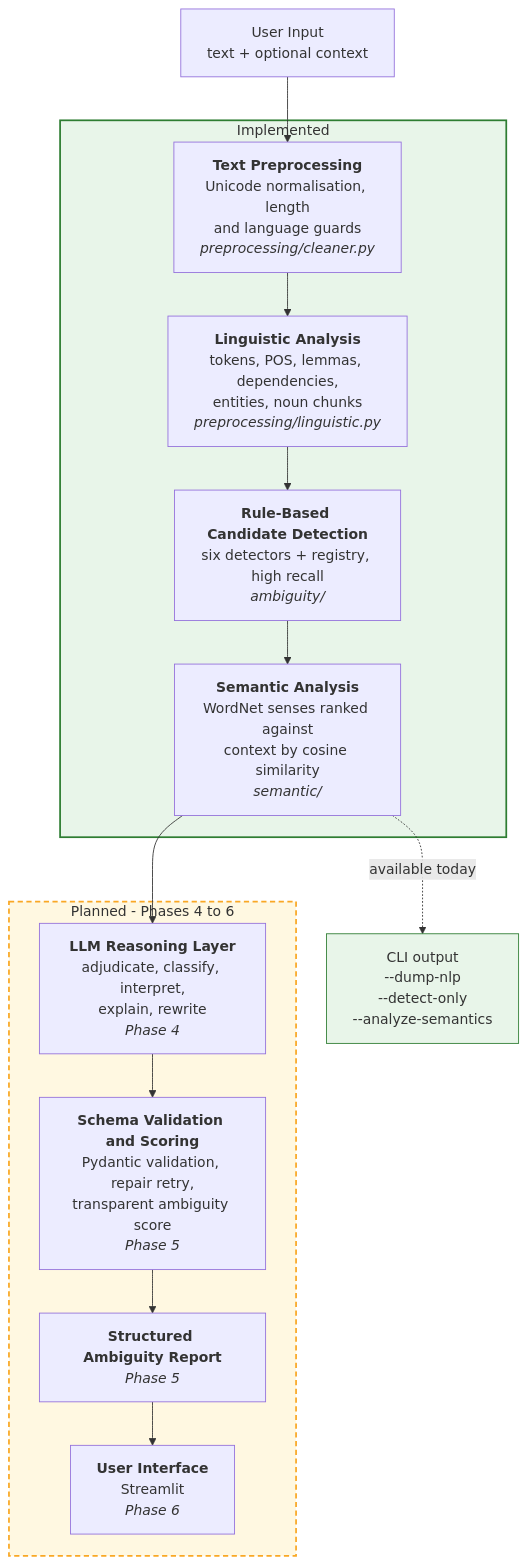
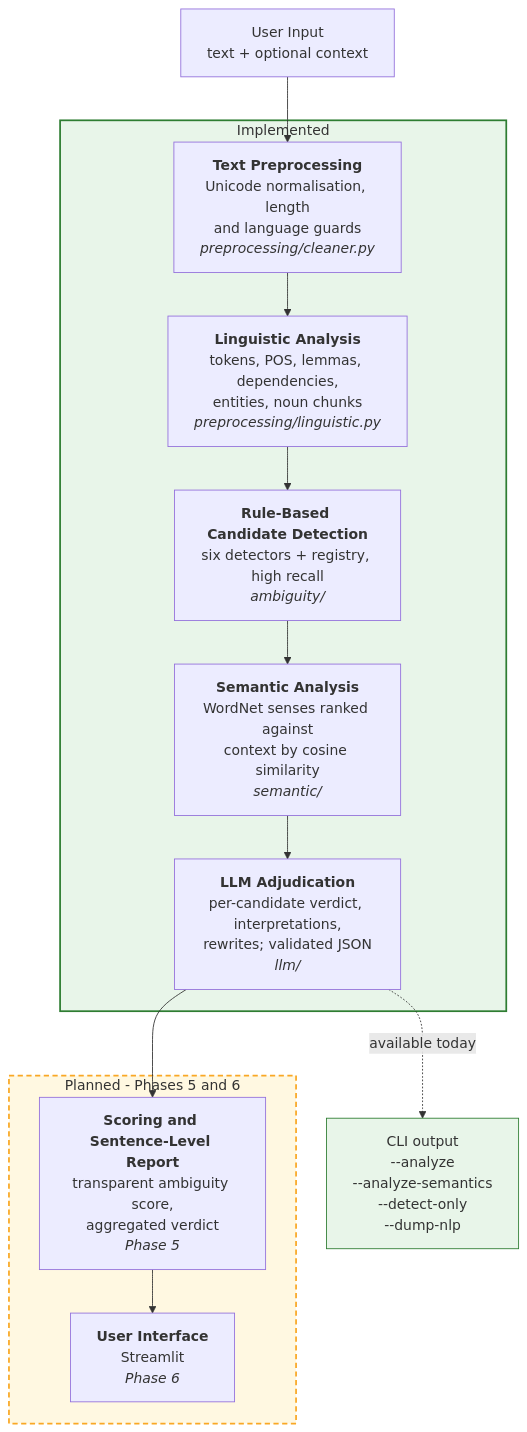
One commit to chanchalagrawal0107/NLP-based-ambiguity-detector changed the first of 3 diagrams in README.md. Above: the diagram before and after it, drawn with Mermaid. The commit also changed other lines of this file and 38 other files, not shown here.

Commit message:
LLM adjudication layer, pipeline architecture refactor

````diff
--- a/README.md
+++ b/README.md
@@ -299,28 +301,27 @@
 ```mermaid
 flowchart TD
     A["User Input<br/>text + optional context"] --> B
 
     subgraph BUILT ["Implemented"]
         B["<b>Text Preprocessing</b><br/>Unicode normalisation, length<br/>and language guards<br/><i>preprocessing/cleaner.py</i>"]
         C["<b>Linguistic Analysis</b><br/>tokens, POS, lemmas, dependencies,<br/>entities, noun chunks<br/><i>preprocessing/linguistic.py</i>"]
         D["<b>Rule-Based Candidate Detection</b><br/>six detectors + registry, high recall<br/><i>ambiguity/</i>"]
         E["<b>Semantic Analysis</b><br/>WordNet senses ranked against<br/>context by cosine similarity<br/><i>semantic/</i>"]
-        B --> C --> D --> E
+        F["<b>LLM Adjudication</b><br/>per-candidate verdict, interpretations,<br/>rewrites; validated JSON<br/><i>llm/</i>"]
+        B --> C --> D --> E --> F
     end
 
-    E --> F
+    F --> G
 
-    subgraph PLANNED ["Planned - Phases 4 to 6"]
-        F["<b>LLM Reasoning Layer</b><br/>adjudicate, classify, interpret,<br/>explain, rewrite<br/><i>Phase 4</i>"]
-        G["<b>Schema Validation and Scoring</b><br/>Pydantic validation, repair retry,<br/>transparent ambiguity score<br/><i>Phase 5</i>"]
-        H["<b>Structured Ambiguity Report</b><br/><i>Phase 5</i>"]
+    subgraph PLANNED ["Planned - Phases 5 and 6"]
+        G["<b>Scoring and Sentence-Level Report</b><br/>transparent ambiguity score,<br/>aggregated verdict<br/><i>Phase 5</i>"]
         I["<b>User Interface</b><br/>Streamlit<br/><i>Phase 6</i>"]
-        F --> G --> H --> I
+        G --> I
     end
 
-    E -.->|"available today"| J["CLI output<br/>--dump-nlp<br/>--detect-only<br/>--analyze-semantics"]
+    F -.->|"available today"| J["CLI output<br/>--analyze<br/>--analyze-semantics<br/>--detect-only<br/>--dump-nlp"]
 
     style BUILT fill:#e8f5e9,stroke:#2e7d32,stroke-width:2px
     style PLANNED fill:#fff8e1,stroke:#f9a825,stroke-width:2px,stroke-dasharray: 6 4
     style J fill:#e8f5e9,stroke:#2e7d32
 ```
````
